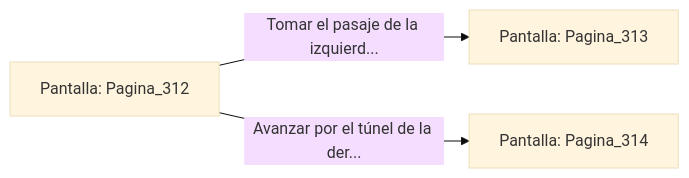
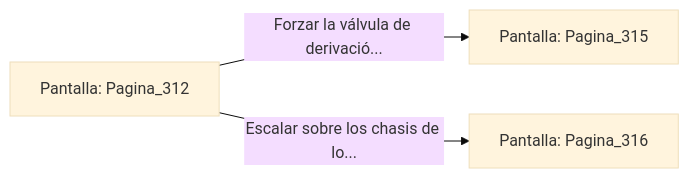
Before and after one commit to metsuke/mpl: the diagram in sample/eligejuego-vault/Pantalla_Pagina_312.md, drawn with Mermaid (base theme). The commit also changed other lines of this file and 635 other files, not shown here.

First line of the commit message:
fix: añadir Pagina_1 como pantalla inicial en capitulo_01.mpl

````diff
--- a/sample/eligejuego-vault/Pantalla_Pagina_312.md
+++ b/sample/eligejuego-vault/Pantalla_Pagina_312.md
@@ -20,6 +22,6 @@
 ```mermaid
 graph LR
     P_Pagina_312["Pantalla: Pagina_312"]
-    P_Pagina_312 -->|"Tomar el pasaje de la izquierd..."| P_Pagina_313["Pantalla: Pagina_313"]
-    P_Pagina_312 -->|"Avanzar por el túnel de la der..."| P_Pagina_314["Pantalla: Pagina_314"]
+    P_Pagina_312 -->|"Forzar la válvula de derivació..."| P_Pagina_315["Pantalla: Pagina_315"]
+    P_Pagina_312 -->|"Escalar sobre los chasis de lo..."| P_Pagina_316["Pantalla: Pagina_316"]
 ```
````
